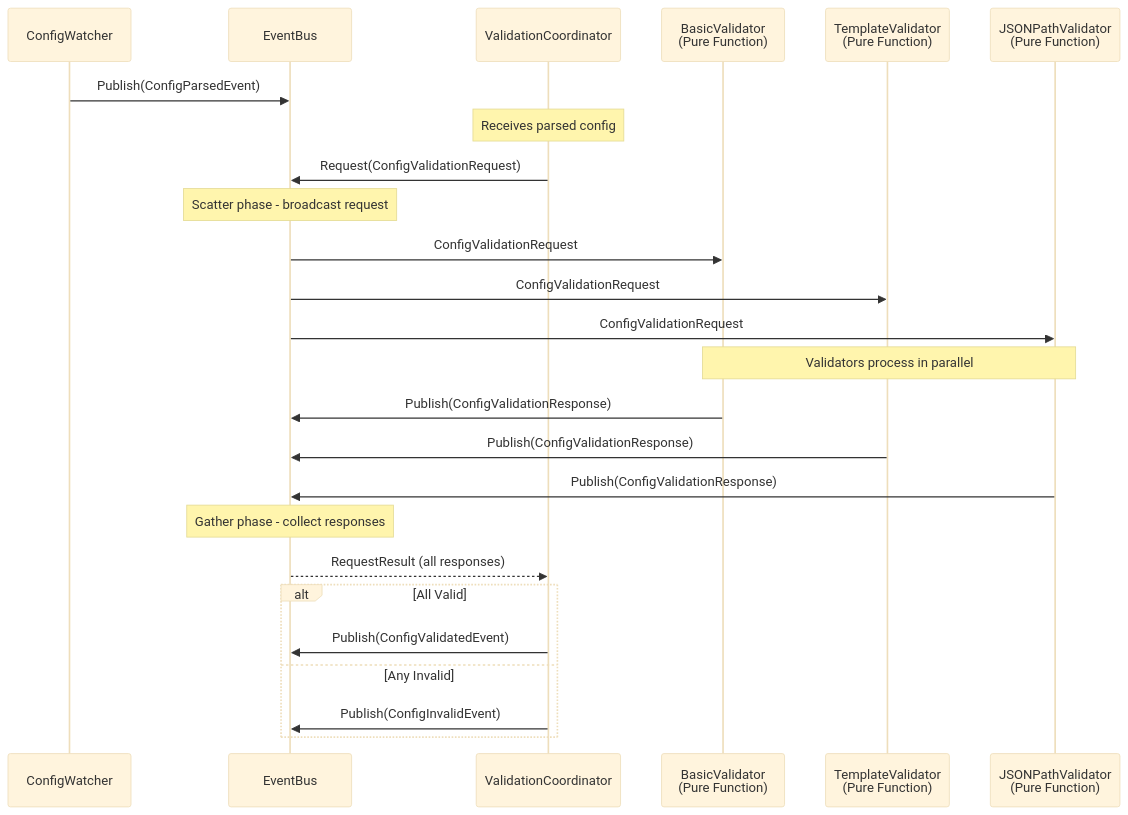
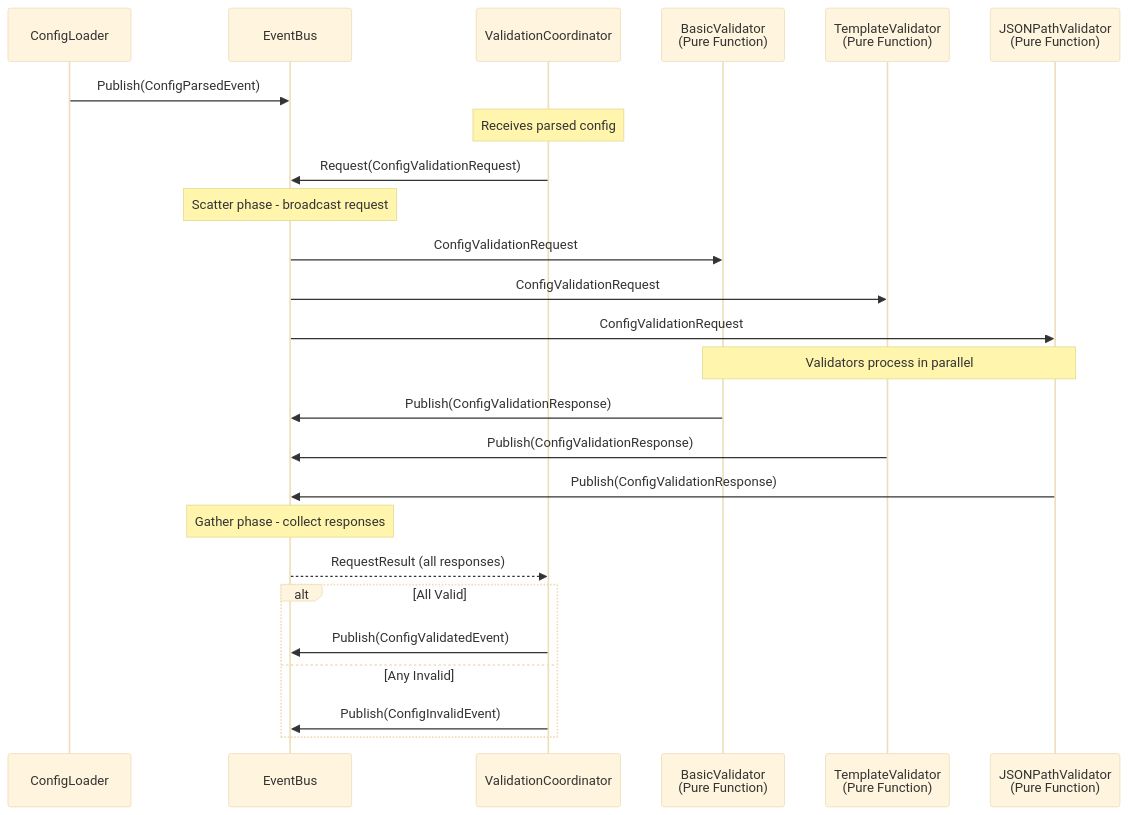
Before and after one commit to HAProxy-Template-IC/haproxy-template-ingress-controller: the diagram in docs/controller/docs/development/design/design-decisions.md, drawn with Mermaid (base theme). The commit also changed other lines of this file and 3 other files, not shown here.

````diff
--- a/docs/controller/docs/development/design/design-decisions.md
+++ b/docs/controller/docs/development/design/design-decisions.md
@@ -1079,37 +1081,37 @@
 ```mermaid
 sequenceDiagram
-    participant CW as ConfigWatcher
+    participant CW as ConfigLoader
     participant EB as EventBus
     participant VC as ValidationCoordinator
     participant BV as BasicValidator<br/>(Pure Function)
     participant TV as TemplateValidator<br/>(Pure Function)
     participant JV as JSONPathValidator<br/>(Pure Function)
 
     CW->>EB: Publish(ConfigParsedEvent)
 
     Note over VC: Receives parsed config
 
     VC->>EB: Request(ConfigValidationRequest)
 
     Note over EB: Scatter phase - broadcast request
 
     EB->>BV: ConfigValidationRequest
     EB->>TV: ConfigValidationRequest
     EB->>JV: ConfigValidationRequest
 
     Note over BV,JV: Validators process in parallel
 
     BV->>EB: Publish(ConfigValidationResponse)
     TV->>EB: Publish(ConfigValidationResponse)
     JV->>EB: Publish(ConfigValidationResponse)
 
     Note over EB: Gather phase - collect responses
 
     EB-->>VC: RequestResult (all responses)
 
     alt All Valid
         VC->>EB: Publish(ConfigValidatedEvent)
     else Any Invalid
         VC->>EB: Publish(ConfigInvalidEvent)
     end
 ```
````
